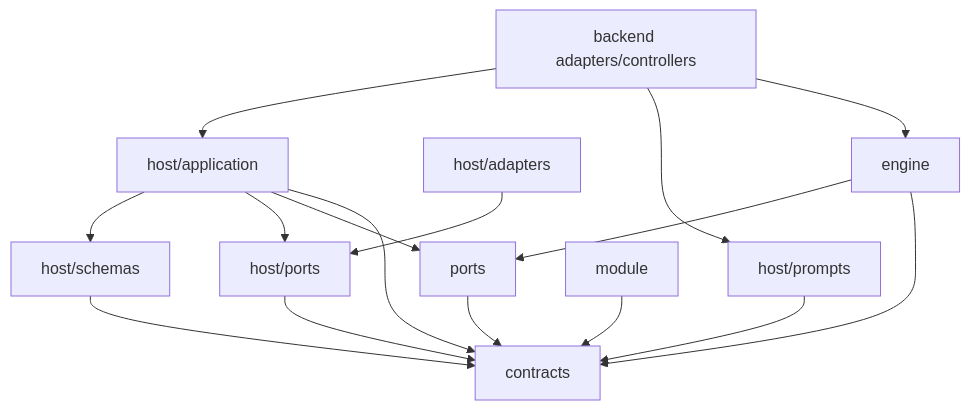
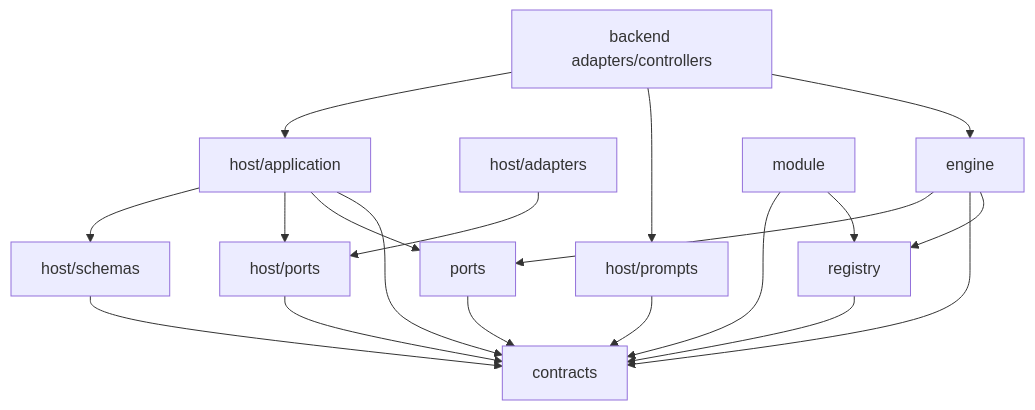
Before and after one commit to 1024XEngineer/TRPG-master: the third of 3 diagrams in agent-collaboration-framework/docs/architecture.md, drawn with Mermaid. The commit also changed other lines of this file and 8 other files, not shown here.

First line of the commit message:
refactor(engine): 谓词收敛成 registry 登记表并接入发布期校验 (#347)

````diff
--- a/agent-collaboration-framework/docs/architecture.md
+++ b/agent-collaboration-framework/docs/architecture.md
@@ -116,19 +116,22 @@
 ```mermaid
 flowchart TD
     CONTRACTS["contracts"]
     XPORTS["ports"] --> CONTRACTS
+    REGISTRY["registry"] --> CONTRACTS
     HSCHEMA["host/schemas"] --> CONTRACTS
     HPORTS["host/ports"] --> CONTRACTS
     HAPP["host/application"] --> HSCHEMA
     HAPP --> HPORTS
     HAPP --> XPORTS
     HAPP --> CONTRACTS
     HPROMPT["host/prompts"] --> CONTRACTS
     HADAPTER["host/adapters"] --> HPORTS
     ENGINE["engine"] --> XPORTS
     ENGINE --> CONTRACTS
+    ENGINE --> REGISTRY
     MODULE["module"] --> CONTRACTS
+    MODULE --> REGISTRY
     BACKEND["backend adapters/controllers"] --> HAPP
     BACKEND --> HPROMPT
     BACKEND --> ENGINE
 ```
````
